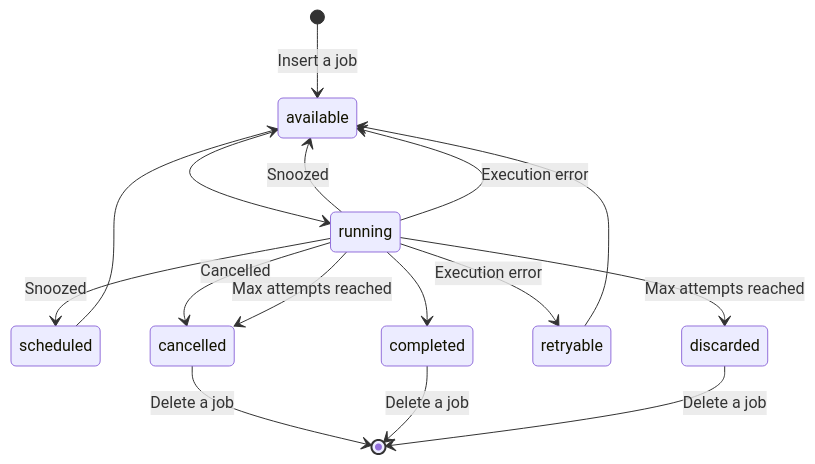
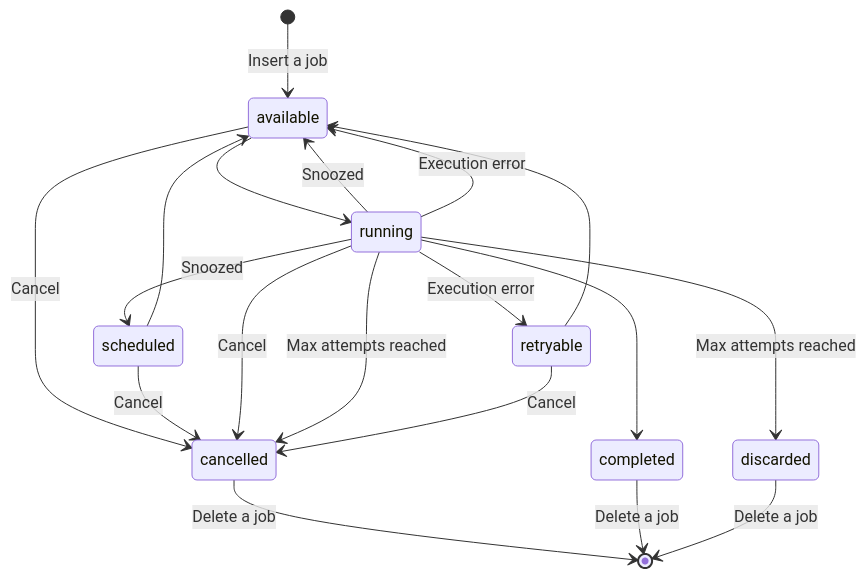
One commit to ivanvs/pidginmq-website changed the diagram in docs/jobs/states.md. Above: the diagram before and after it, drawn with Mermaid. The commit also changed 6 other files, not shown here.

````diff
--- a/docs/jobs/states.md
+++ b/docs/jobs/states.md
@@ -19,24 +19,27 @@
 ```mermaid
 stateDiagram-v2
     [*] --> available : Insert a job
     available --> running
+    available --> cancelled : Cancel
 
     scheduled --> available
+    scheduled --> cancelled : Cancel
     running --> scheduled : Snoozed
     running --> completed
     running --> available : Snoozed
-    running --> cancelled : Cancelled
+    running --> cancelled : Cancel
     running --> cancelled : Max attempts reached
     running --> available : Execution error
     running --> retryable : Execution error
     running --> discarded : Max attempts reached
 
     retryable --> available
+    retryable --> cancelled : Cancel
 
     cancelled --> [*] : Delete a job
     completed --> [*] : Delete a job
     discarded --> [*] : Delete a job
 
 
 
 ```
````
